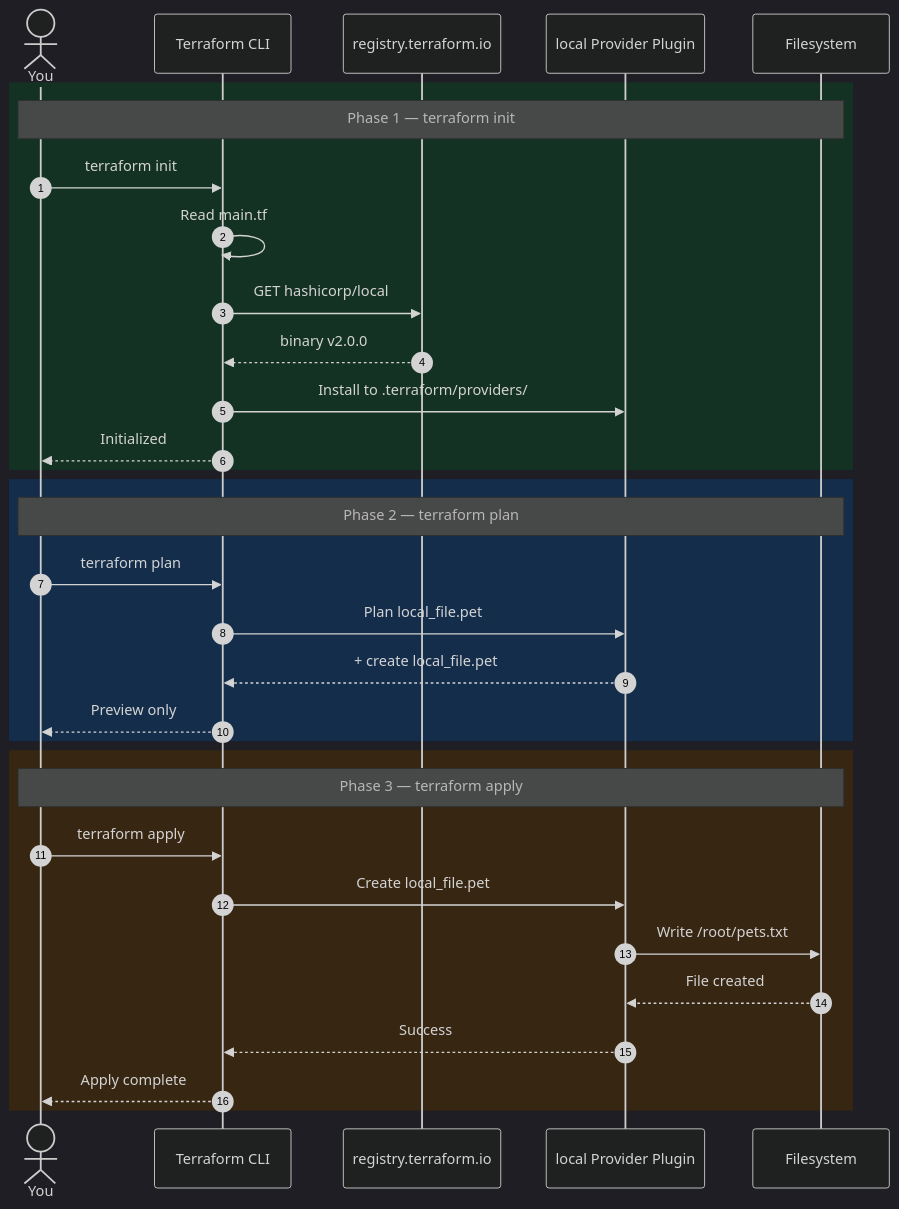
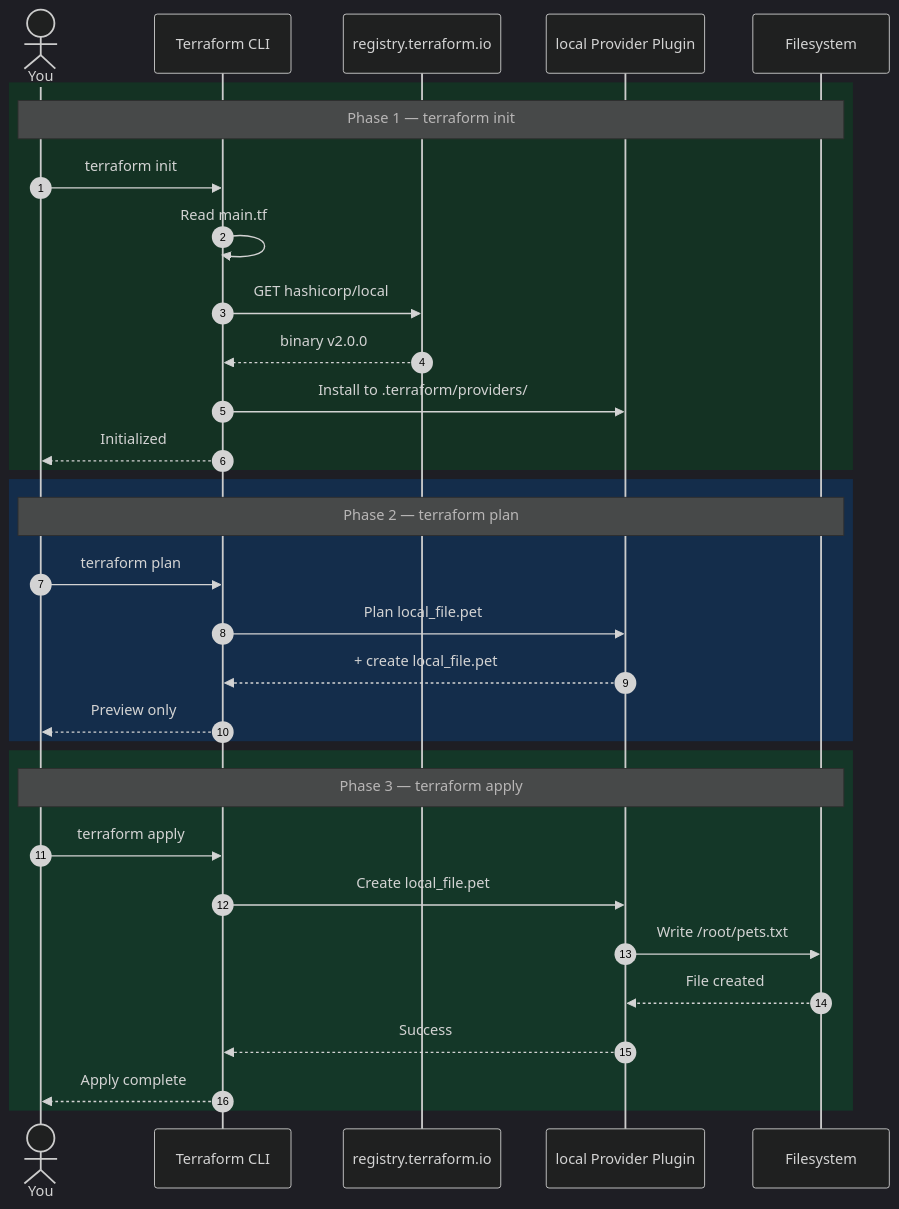
One commit to nirajp82/Terraform_Basics changed the eighth of 9 diagrams in 04_Core_Terraform_Basics/01_Terraform_Provider.md. Above: the diagram before and after it, drawn with Mermaid. The commit also changed other lines of this file and 2 other files, not shown here.

Commit message:
Update Diagram

````diff
--- a/04_Core_Terraform_Basics/01_Terraform_Provider.md
+++ b/04_Core_Terraform_Basics/01_Terraform_Provider.md
@@ -290,38 +290,38 @@
 ```mermaid
 %%{init: {'theme': 'dark'}}%%
 sequenceDiagram
     autonumber
     actor You
     participant TF as Terraform CLI
     participant Reg as registry.terraform.io
     participant Plg as local Provider Plugin
     participant FS as Filesystem
 
     rect rgb(20, 50, 35)
     Note over You,FS: Phase 1 — terraform init
     You->>TF: terraform init
     TF->>TF: Read main.tf
     TF->>Reg: GET hashicorp/local
     Reg-->>TF: binary v2.0.0
     TF->>Plg: Install to .terraform/providers/
     TF-->>You: Initialized
     end
 
     rect rgb(20, 45, 75)
     Note over You,FS: Phase 2 — terraform plan
     You->>TF: terraform plan
     TF->>Plg: Plan local_file.pet
     Plg-->>TF: + create local_file.pet
     TF-->>You: Preview only
     end
 
-    rect rgb(55, 38, 18)
+    rect rgb(20, 55, 40)
     Note over You,FS: Phase 3 — terraform apply
     You->>TF: terraform apply
     TF->>Plg: Create local_file.pet
     Plg->>FS: Write /root/pets.txt
     FS-->>Plg: File created
     Plg-->>TF: Success
     TF-->>You: Apply complete
     end
 ```
````
